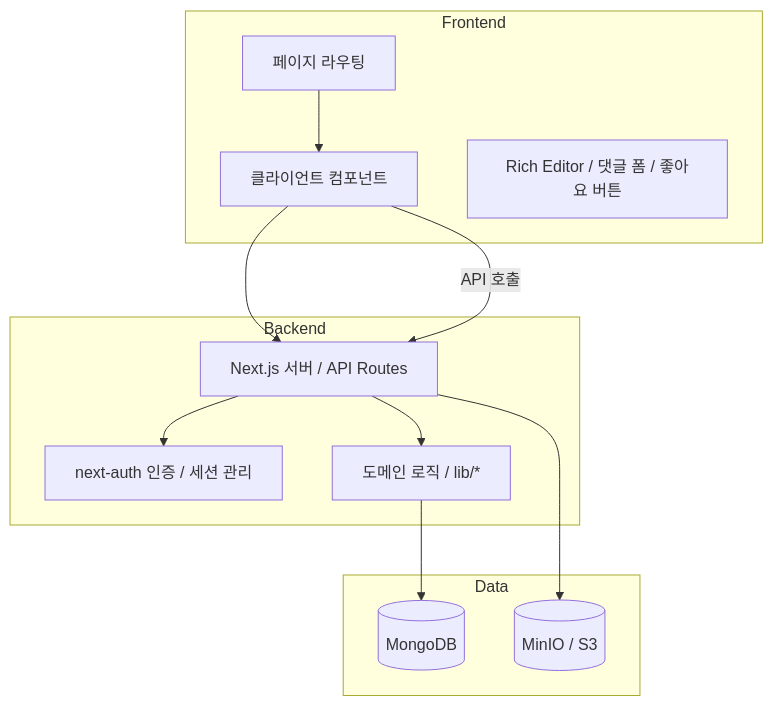
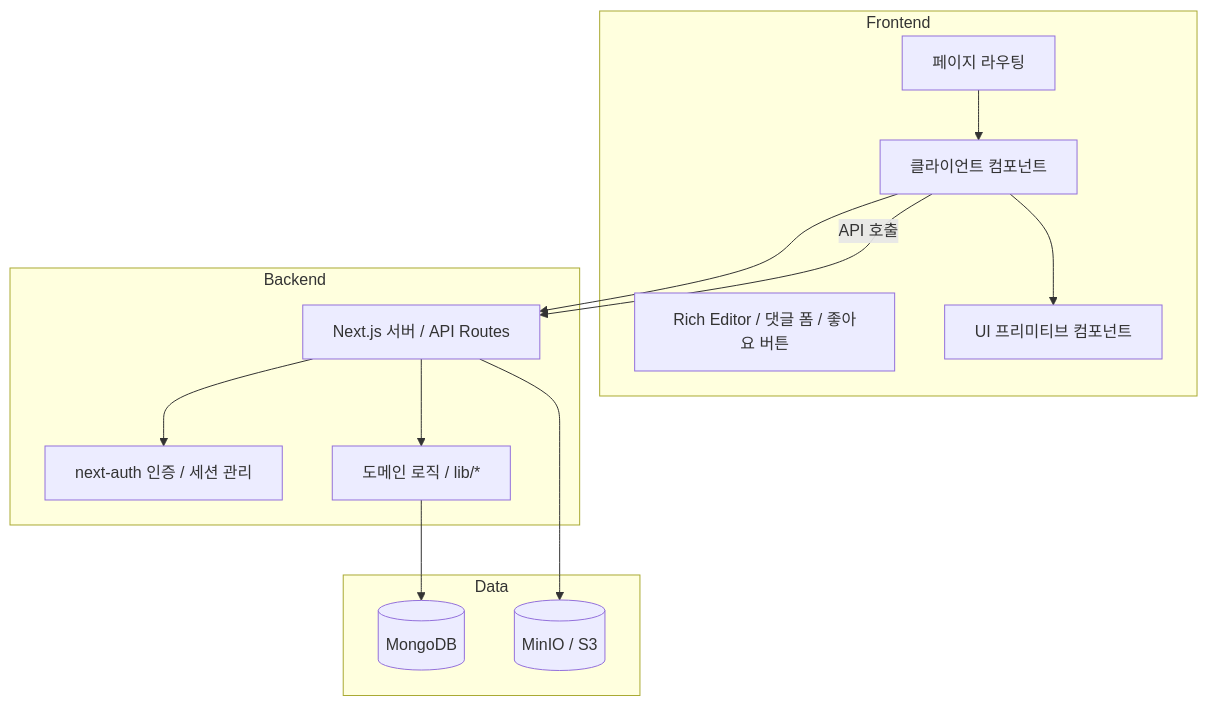
Before and after one commit to seungrye/slowmade-duckdns-org: the second of 2 diagrams in docs/architecture.md, drawn with Mermaid. The commit also changed other lines of this file and 2 other files, not shown here.

````diff
--- a/docs/architecture.md
+++ b/docs/architecture.md
@@ -33,27 +33,29 @@
 ```mermaid
 flowchart TB
   subgraph Frontend
     A[페이지 라우팅]
     B[클라이언트 컴포넌트]
     C[Rich Editor / 댓글 폼 / 좋아요 버튼]
+    D[UI 프리미티브 컴포넌트]
   end
 
   subgraph Backend
-    D[Next.js 서버 / API Routes]
-    E[next-auth 인증 / 세션 관리]
-    F[도메인 로직 / lib/*]
+    E[Next.js 서버 / API Routes]
+    F[next-auth 인증 / 세션 관리]
+    G[도메인 로직 / lib/*]
   end
 
   subgraph Data
-    G[(MongoDB)]
-    H[(MinIO / S3)]
+    H[(MongoDB)]
+    I[(MinIO / S3)]
   end
 
   A --> B
   B --> D
-  D --> E
-  D --> F
-  F --> G
-  D --> H
-  B -->|API 호출| D
+  B --> E
+  E --> F
+  E --> G
+  G --> H
+  E --> I
+  B -->|API 호출| E
 ```
````
